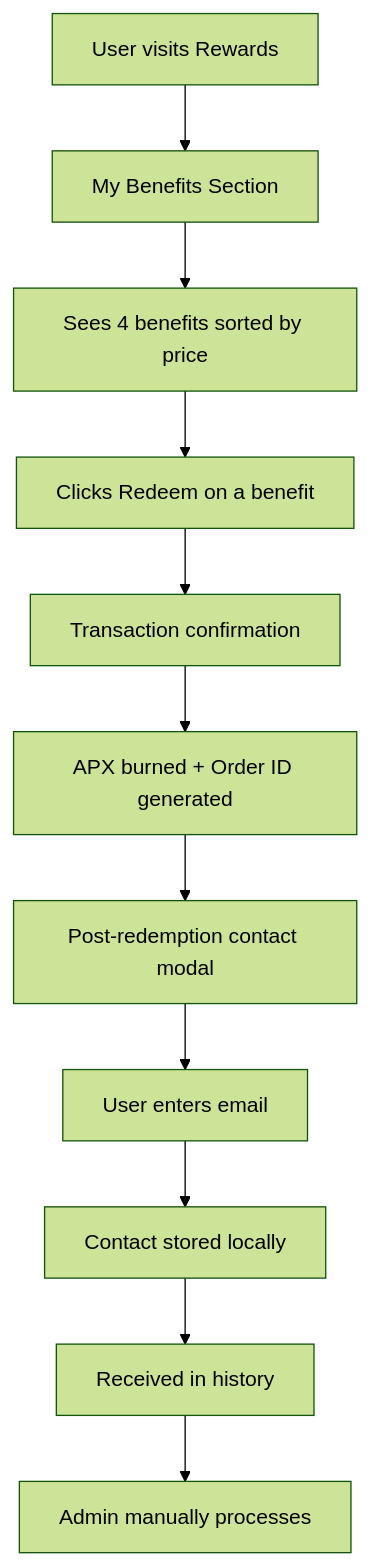
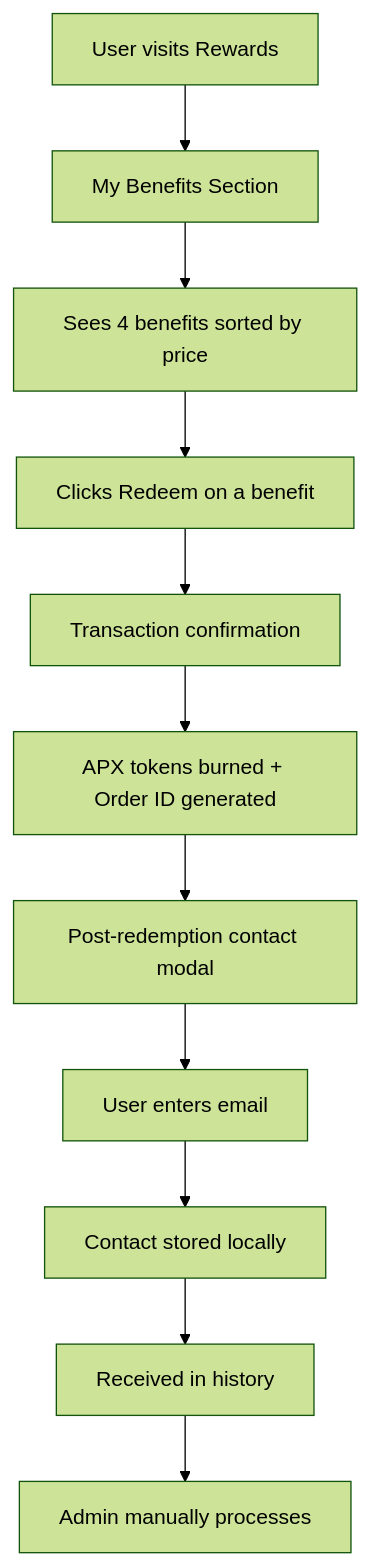
The diagram in IMPLEMENTATION_GUIDE.md (AidenP2P/test-app-aptitudex), drawn with Mermaid (forest theme) before and after one commit. The commit also changed other lines of this file and 9 other files, not shown here.

````diff
--- a/IMPLEMENTATION_GUIDE.md
+++ b/IMPLEMENTATION_GUIDE.md
@@ -70,13 +70,13 @@
 ```mermaid
 graph TD
     A[User visits Rewards] --> B[My Benefits Section]
     B --> C[Sees 4 benefits sorted by price]
     C --> D[Clicks Redeem on a benefit]
     D --> E[Transaction confirmation]
-    E --> F[APX burned + Order ID generated]
+    E --> F[APX tokens burned + Order ID generated]
     F --> G[Post-redemption contact modal]
     G --> H[User enters email]
     H --> I[Contact stored locally]
     I --> J[Received in history]
     J --> K[Admin manually processes]
 ```
````
